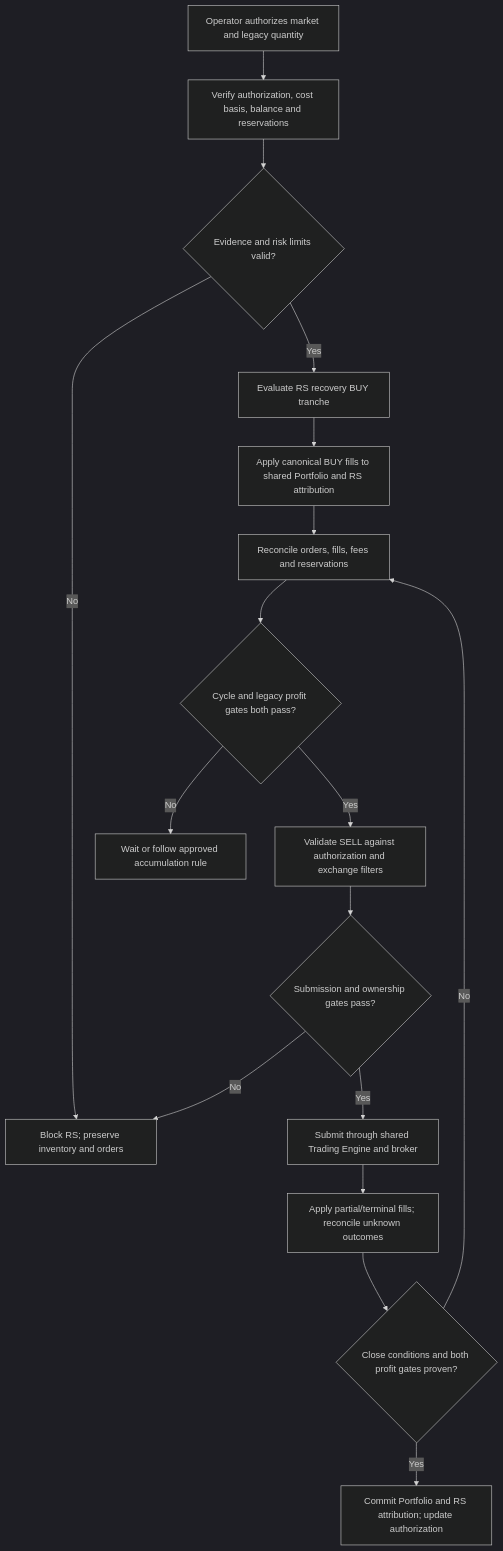
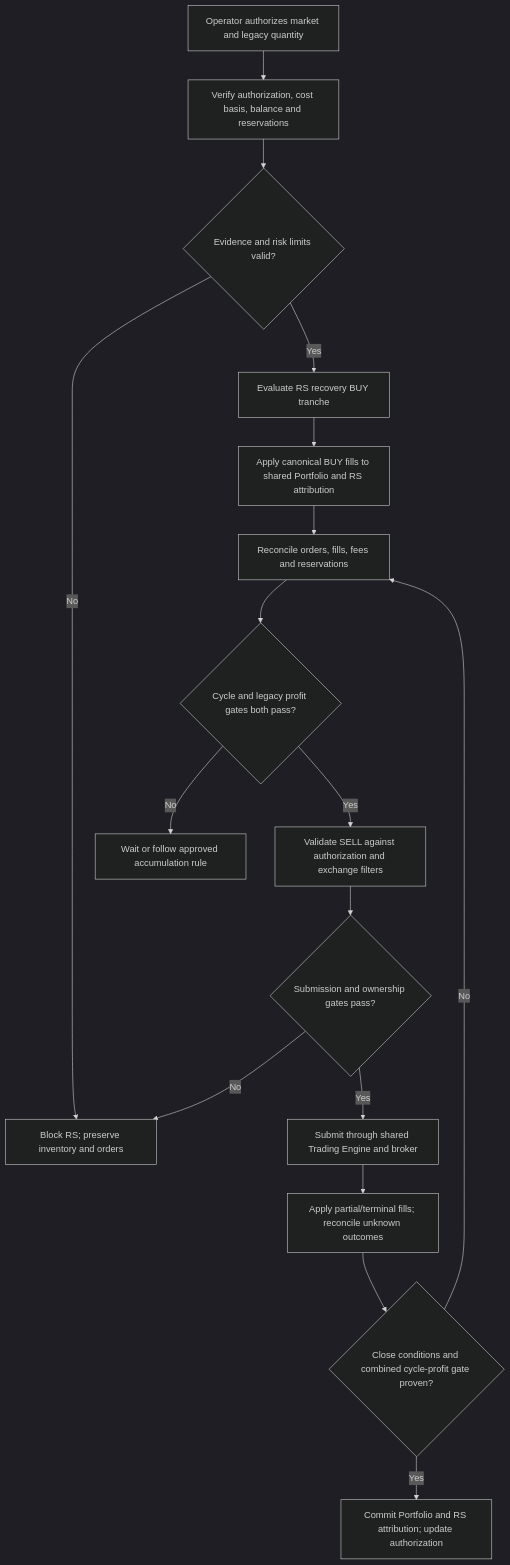
Before and after one commit to 45s/coinzilla: the second of 2 diagrams in apps/harvester/docs/domain/recovery-seller-domain-specification.md, drawn with Mermaid (dark theme). The commit also changed other lines of this file, not shown here.

Commit message:
docs(harvester): clarify whole-cycle RS profit gate

```diff
--- a/apps/harvester/docs/domain/recovery-seller-domain-specification.md
+++ b/apps/harvester/docs/domain/recovery-seller-domain-specification.md
@@ -352,19 +352,19 @@
 ~~~mermaid
 flowchart TD
   A[Operator authorizes market and legacy quantity] --> B[Verify authorization, cost basis, balance and reservations]
   B --> C{Evidence and risk limits valid?}
   C -- No --> X[Block RS; preserve inventory and orders]
   C -- Yes --> D[Evaluate RS recovery BUY tranche]
   D --> E[Apply canonical BUY fills to shared Portfolio and RS attribution]
   E --> F[Reconcile orders, fills, fees and reservations]
   F --> G{Cycle and legacy profit gates both pass?}
   G -- No --> H[Wait or follow approved accumulation rule]
   G -- Yes --> I[Validate SELL against authorization and exchange filters]
   I --> J{Submission and ownership gates pass?}
   J -- No --> X
   J -- Yes --> K[Submit through shared Trading Engine and broker]
   K --> L[Apply partial/terminal fills; reconcile unknown outcomes]
-  L --> M{Close conditions and both profit gates proven?}
+  L --> M{Close conditions and combined cycle-profit gate proven?}
   M -- No --> F
   M -- Yes --> N[Commit Portfolio and RS attribution; update authorization]
 ~~~
```
